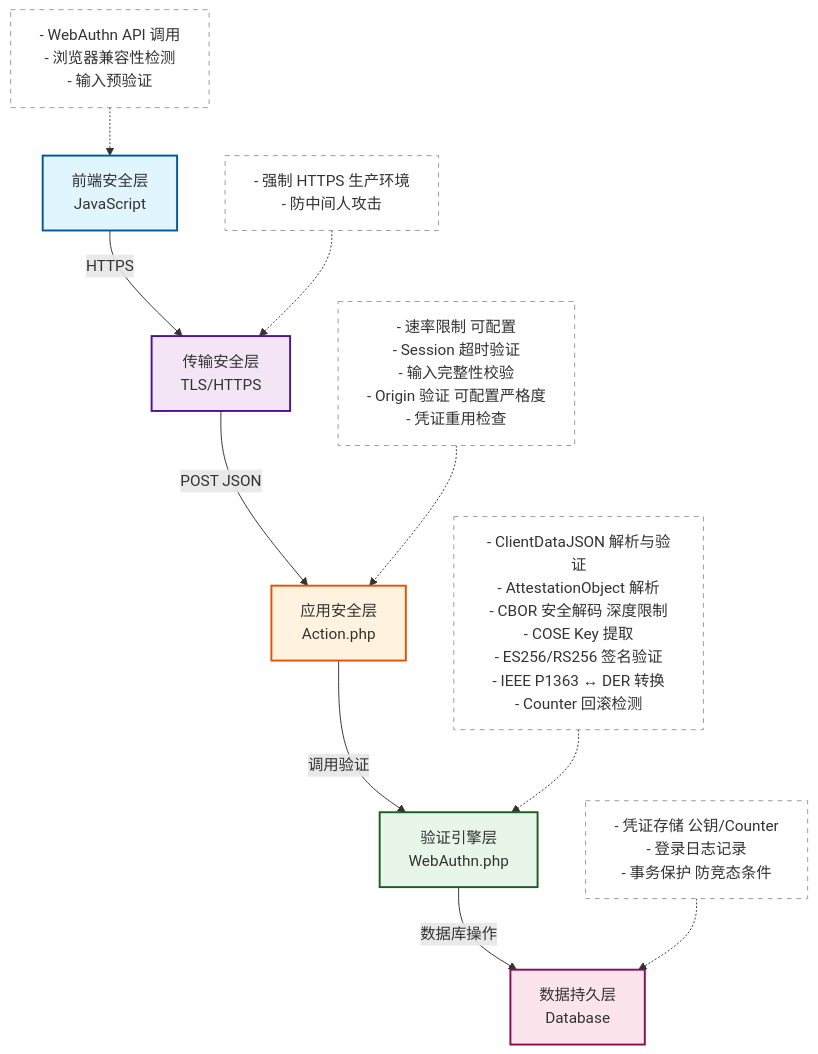
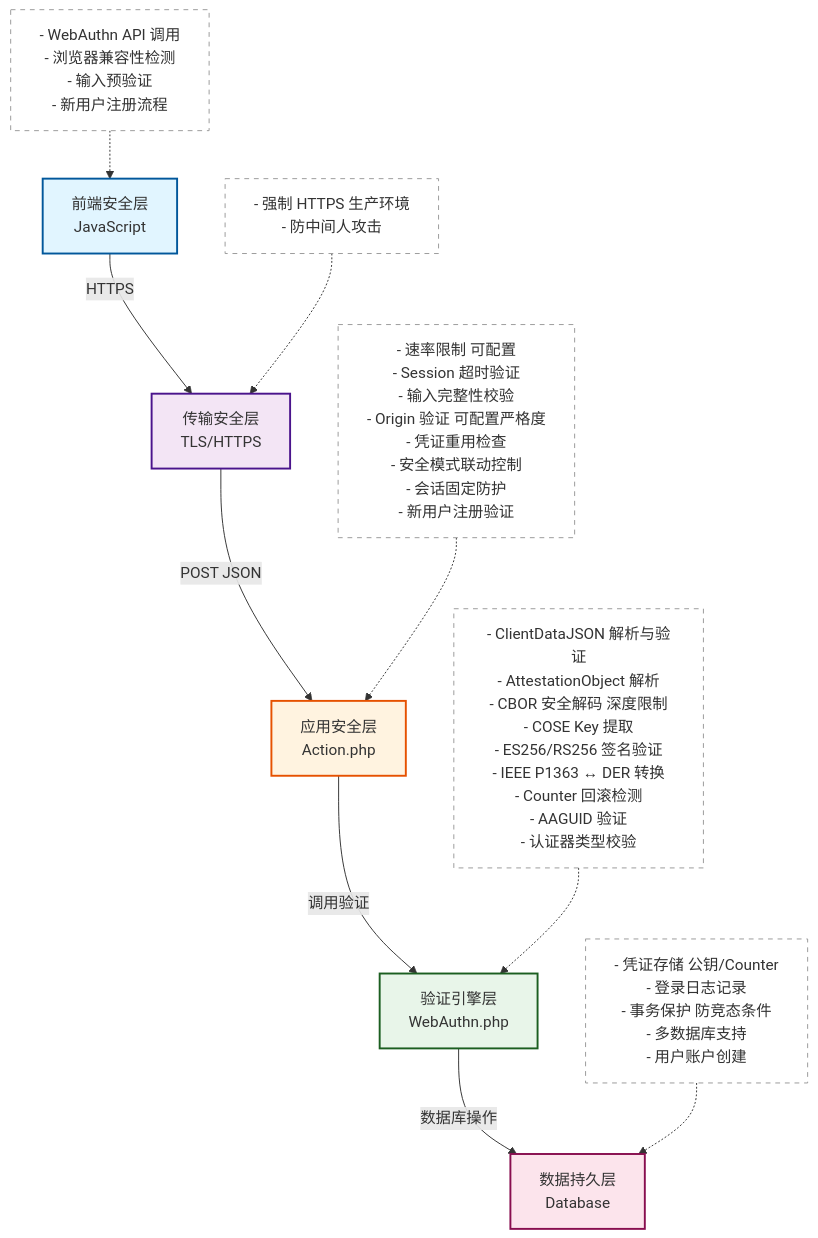
Before and after one commit to little-gt/Passkey: the first of 3 diagrams in SECURITY.md, drawn with Mermaid. The commit also changed other lines of this file and 6 other files, not shown here.

````diff
--- a/SECURITY.md
+++ b/SECURITY.md
@@ -26,25 +26,25 @@
 ```mermaid
 graph TD
     A[前端安全层<br/>JavaScript] --> |HTTPS| B[传输安全层<br/>TLS/HTTPS]
     B --> |POST JSON| C[应用安全层<br/>Action.php]
     C --> |调用验证| D[验证引擎层<br/>WebAuthn.php]
     D --> |数据库操作| E[数据持久层<br/>Database]
     
-    A1[- WebAuthn API 调用<br/>- 浏览器兼容性检测<br/>- 输入预验证] -.-> A
+    A1[- WebAuthn API 调用<br/>- 浏览器兼容性检测<br/>- 输入预验证<br/>- 新用户注册流程] -.-> A
     B1[- 强制 HTTPS 生产环境<br/>- 防中间人攻击] -.-> B
-    C1[- 速率限制 可配置<br/>- Session 超时验证<br/>- 输入完整性校验<br/>- Origin 验证 可配置严格度<br/>- 凭证重用检查] -.-> C
-    D1[- ClientDataJSON 解析与验证<br/>- AttestationObject 解析<br/>- CBOR 安全解码 深度限制<br/>- COSE Key 提取<br/>- ES256/RS256 签名验证<br/>- IEEE P1363 ↔ DER 转换<br/>- Counter 回滚检测] -.-> D
-    E1[- 凭证存储 公钥/Counter<br/>- 登录日志记录<br/>- 事务保护 防竞态条件] -.-> E
+    C1[- 速率限制 可配置<br/>- Session 超时验证<br/>- 输入完整性校验<br/>- Origin 验证 可配置严格度<br/>- 凭证重用检查<br/>- 安全模式联动控制<br/>- 会话固定防护<br/>- 新用户注册验证] -.-> C
+    D1[- ClientDataJSON 解析与验证<br/>- AttestationObject 解析<br/>- CBOR 安全解码 深度限制<br/>- COSE Key 提取<br/>- ES256/RS256 签名验证<br/>- IEEE P1363 ↔ DER 转换<br/>- Counter 回滚检测<br/>- AAGUID 验证<br/>- 认证器类型校验] -.-> D
+    E1[- 凭证存储 公钥/Counter<br/>- 登录日志记录<br/>- 事务保护 防竞态条件<br/>- 多数据库支持<br/>- 用户账户创建] -.-> E
     
     style A fill:#e1f5ff,stroke:#01579b,stroke-width:2px
     style B fill:#f3e5f5,stroke:#4a148c,stroke-width:2px
     style C fill:#fff3e0,stroke:#e65100,stroke-width:2px
     style D fill:#e8f5e9,stroke:#1b5e20,stroke-width:2px
     style E fill:#fce4ec,stroke:#880e4f,stroke-width:2px
     
     style A1 fill:#ffffff,stroke:#999,stroke-width:1px,stroke-dasharray: 5 5
     style B1 fill:#ffffff,stroke:#999,stroke-width:1px,stroke-dasharray: 5 5
     style C1 fill:#ffffff,stroke:#999,stroke-width:1px,stroke-dasharray: 5 5
     style D1 fill:#ffffff,stroke:#999,stroke-width:1px,stroke-dasharray: 5 5
     style E1 fill:#ffffff,stroke:#999,stroke-width:1px,stroke-dasharray: 5 5
 ```
````
